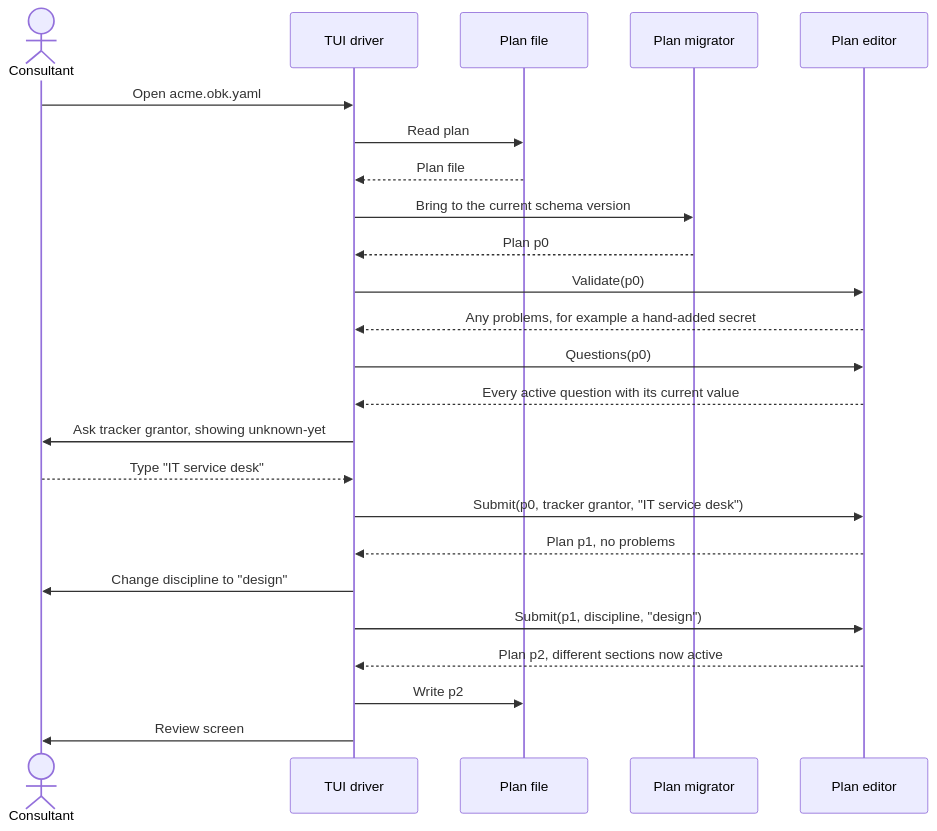
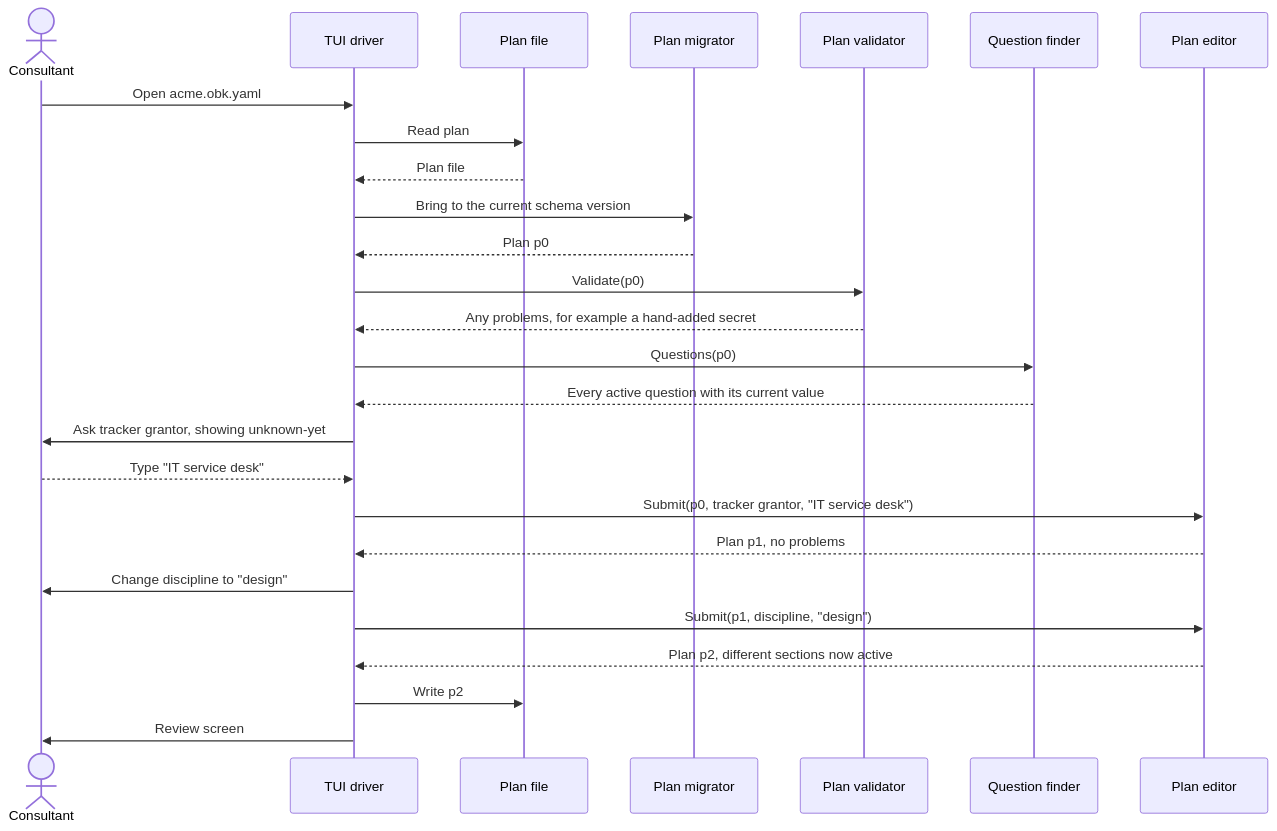
The fourth of 4 diagrams in docs/decisions/0010-plan-editor.md (8thlight-daveloper/onboard-kit), drawn with Mermaid before and after one commit. The commit also changed other lines of this file and 10 other files, not shown here.

````diff
--- a/docs/decisions/0010-plan-editor.md
+++ b/docs/decisions/0010-plan-editor.md
@@ -287,30 +304,32 @@
 ```mermaid
 sequenceDiagram
     actor C as Consultant
     participant T as TUI driver
-    participant F as Plan file
+    participant X as Plan file
     participant M as Plan migrator
+    participant V as Plan validator
+    participant F as Question finder
     participant E as Plan editor
 
     C->>T: Open acme.obk.yaml
-    T->>F: Read plan
-    F-->>T: Plan file
+    T->>X: Read plan
+    X-->>T: Plan file
     T->>M: Bring to the current schema version
     M-->>T: Plan p0
-    T->>E: Validate(p0)
-    E-->>T: Any problems, for example a hand-added secret
+    T->>V: Validate(p0)
+    V-->>T: Any problems, for example a hand-added secret
 
-    T->>E: Questions(p0)
-    E-->>T: Every active question with its current value
+    T->>F: Questions(p0)
+    F-->>T: Every active question with its current value
     T->>C: Ask tracker grantor, showing unknown-yet
     C-->>T: Type "IT service desk"
     T->>E: Submit(p0, tracker grantor, "IT service desk")
     E-->>T: Plan p1, no problems
 
     T->>C: Change discipline to "design"
     T->>E: Submit(p1, discipline, "design")
     E-->>T: Plan p2, different sections now active
 
-    T->>F: Write p2
+    T->>X: Write p2
     T->>C: Review screen
 ```
````
